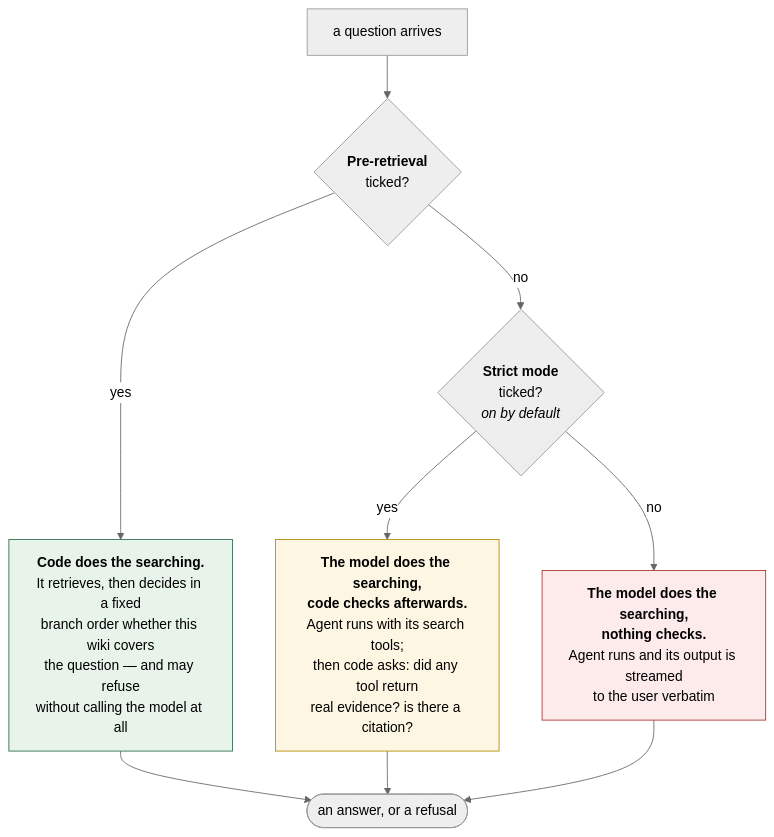
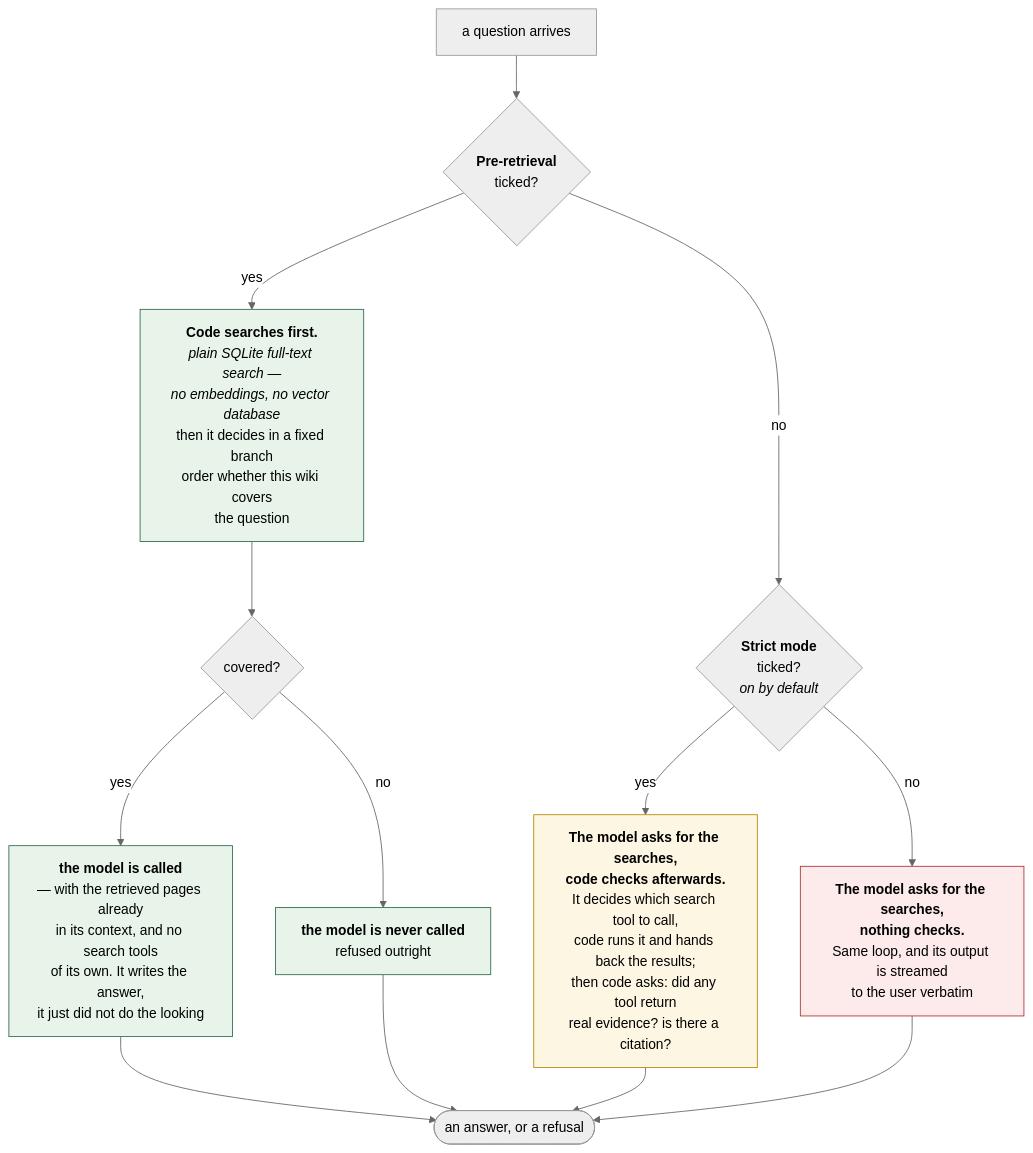
One commit to Clod/llmwiki-marimo changed the first of 4 diagrams in docs/query_walkthrough.md. Above: the diagram before and after it, drawn with Mermaid (neutral theme). The commit also changed other lines of this file and 1 other file, not shown here.

````diff
--- a/docs/query_walkthrough.md
+++ b/docs/query_walkthrough.md
@@ -104,18 +108,25 @@
 ```mermaid
 flowchart TD
     Q["a question arrives"] --> PRE{"<b>Pre-retrieval</b><br/>ticked?"}
 
-    PRE -->|yes| C1["<b>Code does the searching.</b><br/>It retrieves, then decides in a fixed<br/>branch order whether this wiki covers<br/>the question — and may refuse<br/>without calling the model at all"]
+    PRE -->|yes| C1["<b>Code searches first.</b><br/><i>plain SQLite full-text search —<br/>no embeddings, no vector database</i><br/>then it decides in a fixed branch<br/>order whether this wiki covers<br/>the question"]
     PRE -->|no| STRICT{"<b>Strict mode</b><br/>ticked?<br/><i>on by default</i>"}
 
-    STRICT -->|yes| C2["<b>The model does the searching,<br/>code checks afterwards.</b><br/>Agent runs with its search tools;<br/>then code asks: did any tool return<br/>real evidence? is there a citation?"]
-    STRICT -->|no| C3["<b>The model does the searching,<br/>nothing checks.</b><br/>Agent runs and its output is streamed<br/>to the user verbatim"]
+    C1 --> COV{"covered?"}
+    COV -->|yes| C1A["<b>the model is called</b><br/>— with the retrieved pages already<br/>in its context, and no search tools<br/>of its own. It writes the answer,<br/>it just did not do the looking"]
+    COV -->|no| C1B["<b>the model is never called</b><br/>refused outright"]
 
-    C1 --> A(["an answer, or a refusal"])
+    STRICT -->|yes| C2["<b>The model asks for the searches,<br/>code checks afterwards.</b><br/>It decides which search tool to call,<br/>code runs it and hands back the results;<br/>then code asks: did any tool return<br/>real evidence? is there a citation?"]
+    STRICT -->|no| C3["<b>The model asks for the searches,<br/>nothing checks.</b><br/>Same loop, and its output is streamed<br/>to the user verbatim"]
+
+    C1A --> A(["an answer, or a refusal"])
+    C1B --> A
     C2 --> A
     C3 --> A
 
     style C1 fill:#e8f4ea,stroke:#2d6a4f
+    style C1A fill:#e8f4ea,stroke:#2d6a4f
+    style C1B fill:#e8f4ea,stroke:#2d6a4f
     style C2 fill:#fdf6e3,stroke:#b58900
     style C3 fill:#fdeaea,stroke:#a33
 ```
````
